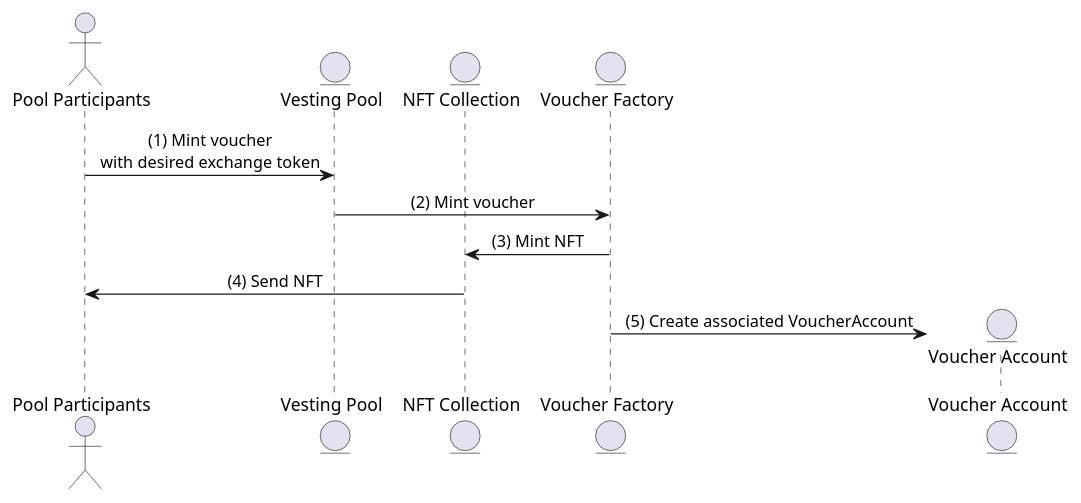
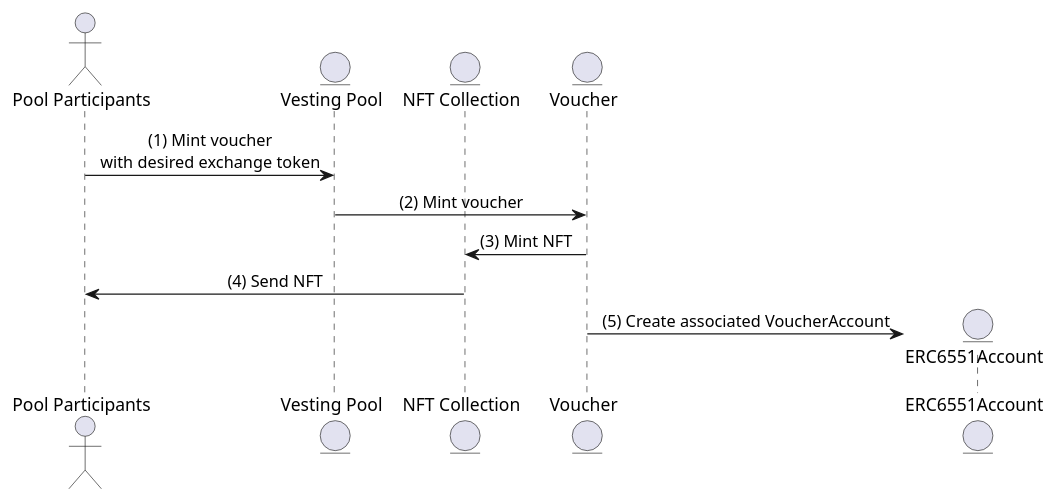
One commit to vemo-network/vemo-core-protocol changed the diagram in doc/ivo_flow.md. Above: the diagram before and after it, drawn with PlantUML. The commit also changed 2 other files, not shown here.

Commit message:
[doc] reflect change from gitbook

```diff
--- a/doc/ivo_flow.md
+++ b/doc/ivo_flow.md
@@ -3,17 +3,17 @@
 @startuml
 skinparam sequenceMessageAlign center
 actor PoolParticipant as "Pool Participants"
 entity VestingPool as "Vesting Pool"
 entity Collection as "NFT Collection"
-entity VoucherFactory as "Voucher Factory"
-entity VoucherAccount as "Voucher Account"
+entity Voucher as "Voucher"
+entity ERC6551Account as "ERC6551Account"
 
 
 PoolParticipant -> VestingPool: (1) Mint voucher\nwith desired exchange token
-VestingPool -> VoucherFactory: (2) Mint voucher
-VoucherFactory -> Collection: (3) Mint NFT
+VestingPool -> Voucher: (2) Mint voucher
+Voucher -> Collection: (3) Mint NFT
 Collection -> PoolParticipant: (4) Send NFT
-create VoucherAccount
-VoucherFactory -> VoucherAccount: (5) Create associated VoucherAccount
+create ERC6551Account
+Voucher -> ERC6551Account: (5) Create associated VoucherAccount
 
 @enduml
```
